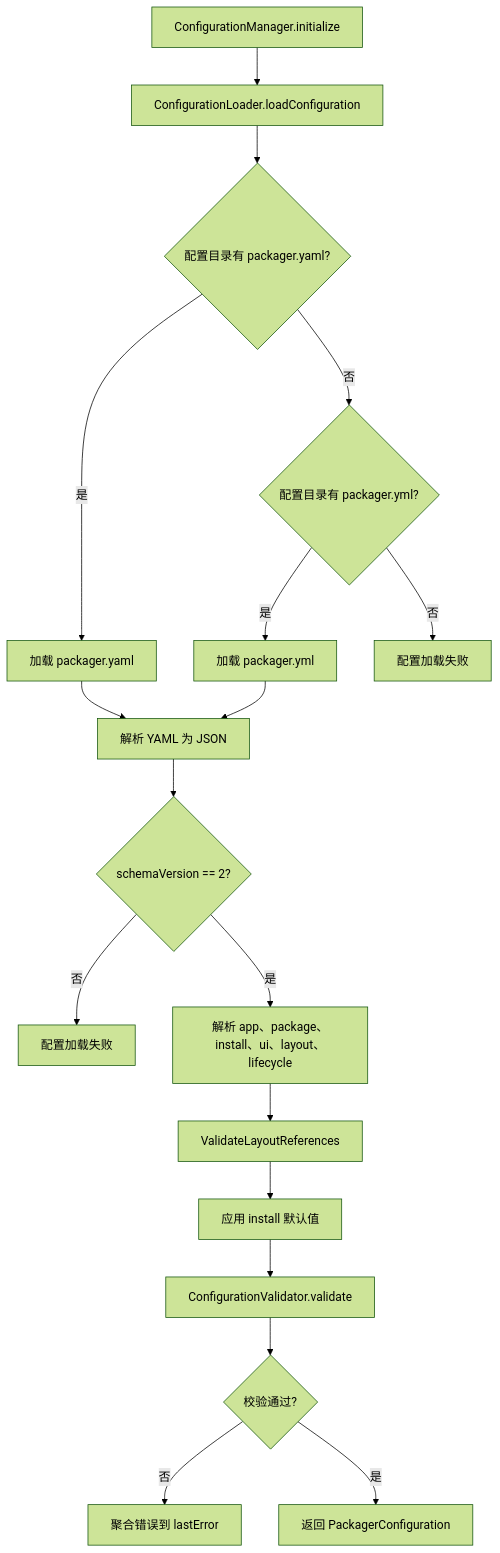
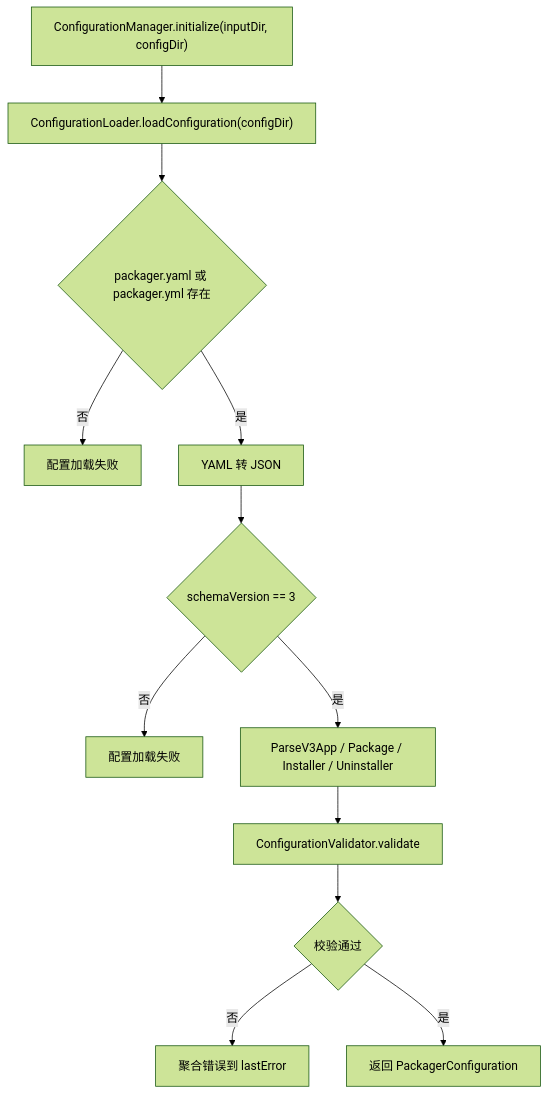
Before and after one commit to lu020218/Multi-Threaded_Installer: the second of 6 diagrams in docs/打包器流程图.md, drawn with Mermaid (forest theme). The commit also changed other lines of this file and 63 other files, not shown here.

````diff
--- a/docs/打包器流程图.md
+++ b/docs/打包器流程图.md
@@ -44,21 +31,14 @@
 ```mermaid
 flowchart TD
-    A[ConfigurationManager.initialize] --> B[ConfigurationLoader.loadConfiguration]
-    B --> D{配置目录有 packager.yaml?}
-    D -->|是| D1[加载 packager.yaml]
-    D -->|否| E{配置目录有 packager.yml?}
-    E -->|是| E1[加载 packager.yml]
-    E -->|否| F[配置加载失败]
-    D1 --> G
-    E1 --> G
-    G[解析 YAML 为 JSON]
-    G --> H{schemaVersion == 2?}
-    H -->|否| H1[配置加载失败]
-    H -->|是| I[解析 app、package、install、ui、layout、lifecycle]
-    I --> J[ValidateLayoutReferences]
-    J --> K[应用 install 默认值]
-    K --> L[ConfigurationValidator.validate]
-    L --> M{校验通过?}
-    M -->|否| M1[聚合错误到 lastError]
-    M -->|是| N[返回 PackagerConfiguration]
+    A["ConfigurationManager.initialize(inputDir, configDir)"] --> B["ConfigurationLoader.loadConfiguration(configDir)"]
+    B --> C{"packager.yaml 或 packager.yml 存在"}
+    C -->|否| C1["配置加载失败"]
+    C -->|是| D["YAML 转 JSON"]
+    D --> E{"schemaVersion == 3"}
+    E -->|否| E1["配置加载失败"]
+    E -->|是| F["ParseV3App / Package / Installer / Uninstaller"]
+    F --> G["ConfigurationValidator.validate"]
+    G --> H{"校验通过"}
+    H -->|否| H1["聚合错误到 lastError"]
+    H -->|是| I["返回 PackagerConfiguration"]
 ```
````
